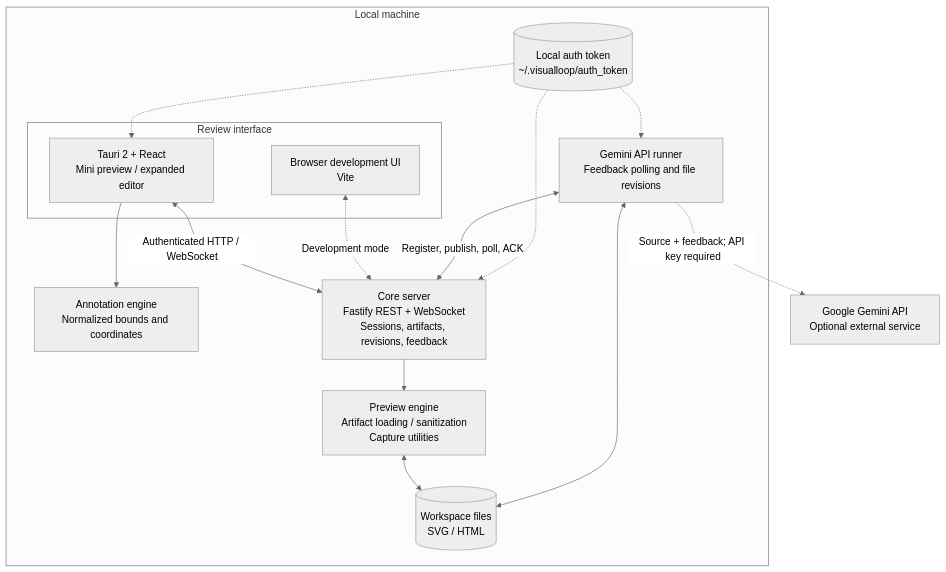
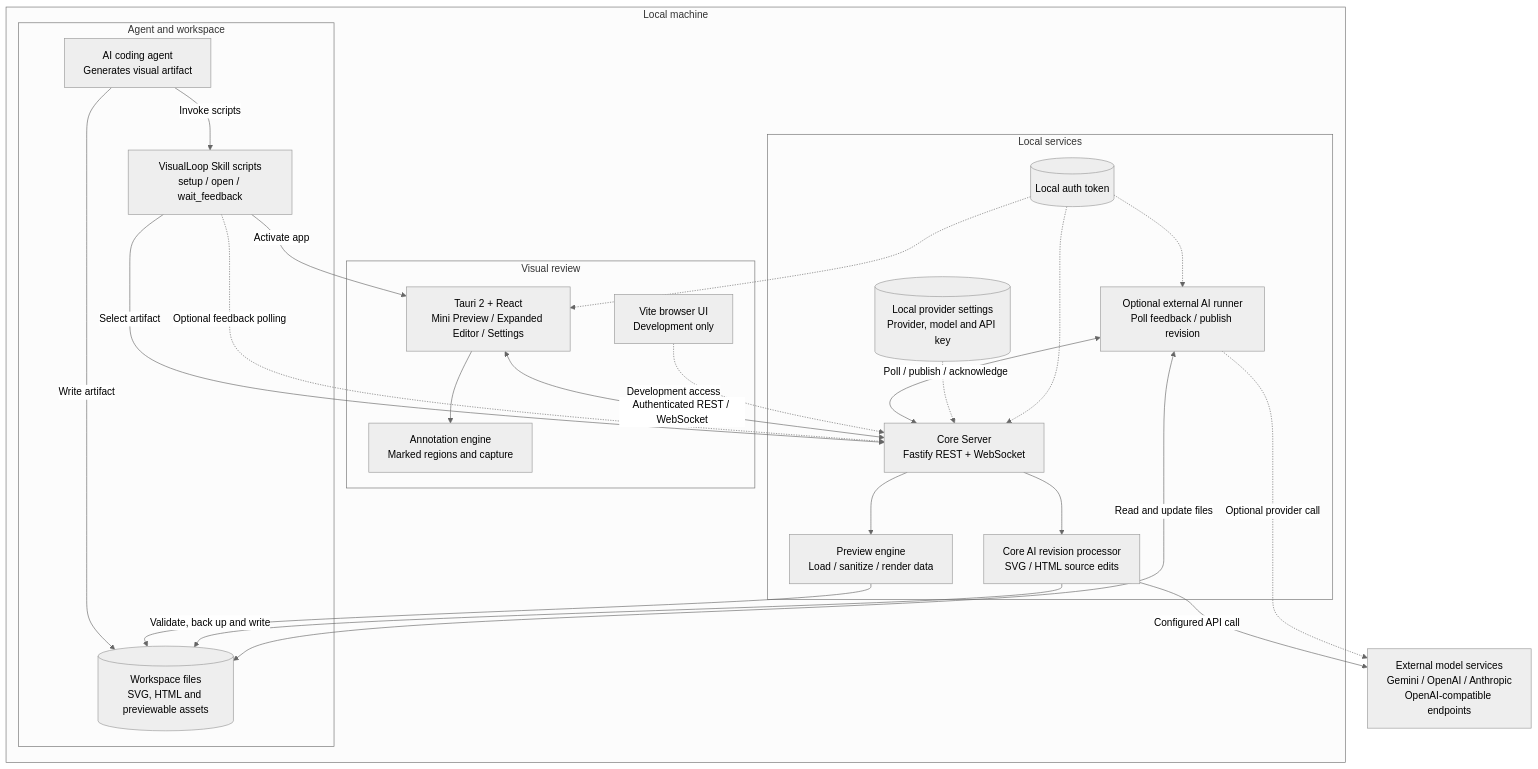
One commit to JameMy0001/visualloop changed the first of 2 diagrams in README.md. Above: the diagram before and after it, drawn with Mermaid (neutral theme). The commit also changed other lines of this file, not shown here.

Commit message:
docs: align VisualLoop architecture and revision diagrams with current agent skill and AI paths

````diff
--- a/README.md
+++ b/README.md
@@ -159,30 +159,48 @@
 ```mermaid
 flowchart TB
-    subgraph Local["Local machine"]
-        subgraph Review["Review interface"]
-            UI["Tauri 2 + React<br/>Mini preview / expanded editor"]
-            WEB["Browser development UI<br/>Vite"]
+    subgraph LOCAL["Local machine"]
+        subgraph AGENTS["Agent and workspace"]
+            AGENT["AI coding agent<br/>Generates visual artifact"]
+            SKILL["VisualLoop Skill scripts<br/>setup / open / wait_feedback"]
+            FILES[("Workspace files<br/>SVG, HTML and previewable assets")]
         end
 
-        ANNO["Annotation engine<br/>Normalized bounds and coordinates"]
-        CORE["Core server<br/>Fastify REST + WebSocket<br/>Sessions, artifacts, revisions, feedback"]
-        PREVIEW["Preview engine<br/>Artifact loading / sanitization<br/>Capture utilities"]
-        RUNNER["Gemini API runner<br/>Feedback polling and file revisions"]
-        FILES[("Workspace files<br/>SVG / HTML")]
-        TOKEN[("Local auth token<br/>~/.visualloop/auth_token")]
+        subgraph DESKTOP["Visual review"]
+            UI["Tauri 2 + React<br/>Mini Preview / Expanded Editor / Settings"]
+            ANNO["Annotation engine<br/>Marked regions and capture"]
+            DEV["Vite browser UI<br/>Development only"]
+        end
 
+        subgraph SERVICES["Local services"]
+            CORE["Core Server<br/>Fastify REST + WebSocket"]
+            PREVIEW["Preview engine<br/>Load / sanitize / render data"]
+            INTERNAL["Core AI revision processor<br/>SVG / HTML source edits"]
+            RUNNER["Optional external AI runner<br/>Poll feedback / publish revision"]
+            CONFIG[("Local provider settings<br/>Provider, model and API key")]
+            TOKEN[("Local auth token")]
+        end
+
+        AGENT -->|"Write artifact"| FILES
+        AGENT -->|"Invoke scripts"| SKILL
+        SKILL -->|"Select artifact"| CORE
+        SKILL -->|"Activate app"| UI
+        SKILL -.->|"Optional feedback polling"| CORE
         UI --> ANNO
-        UI <-->|"Authenticated HTTP / WebSocket"| CORE
-        WEB <-.->|"Development mode"| CORE
+        UI <-->|"Authenticated REST / WebSocket"| CORE
+        DEV -.->|"Development access"| CORE
         CORE --> PREVIEW
-        PREVIEW <--> FILES
-        RUNNER <-->|"Register, publish, poll, ACK"| CORE
-        RUNNER <--> FILES
+        PREVIEW --> FILES
+        CORE --> INTERNAL
+        INTERNAL -->|"Validate, back up and write"| FILES
+        RUNNER <-->|"Poll / publish / acknowledge"| CORE
+        RUNNER <-->|"Read and update files"| FILES
+        CONFIG -.-> CORE
         TOKEN -.-> CORE
         TOKEN -.-> UI
         TOKEN -.-> RUNNER
     end
 
-    GEMINI["Google Gemini API<br/>Optional external service"]
-    RUNNER -.->|"Source + feedback; API key required"| GEMINI
+    PROVIDERS["External model services<br/>Gemini / OpenAI / Anthropic<br/>OpenAI-compatible endpoints"]
+    INTERNAL -->|"Configured API call"| PROVIDERS
+    RUNNER -.->|"Optional provider call"| PROVIDERS
 ```
````
